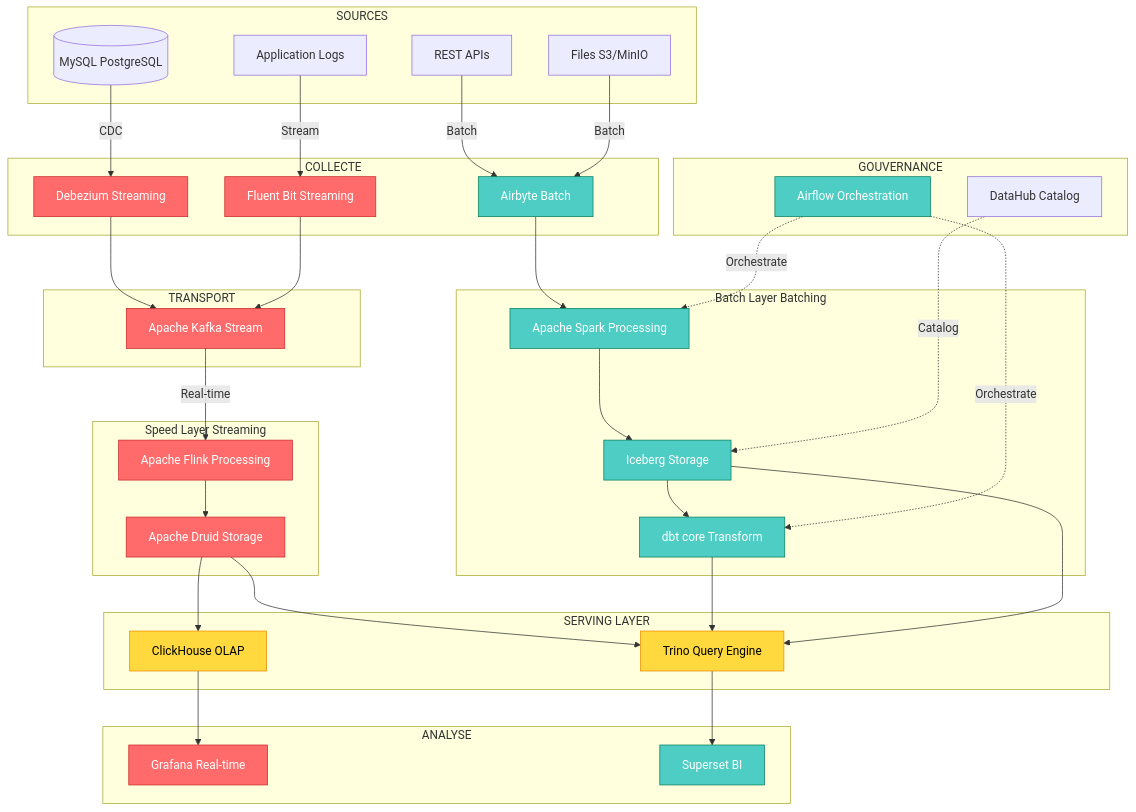
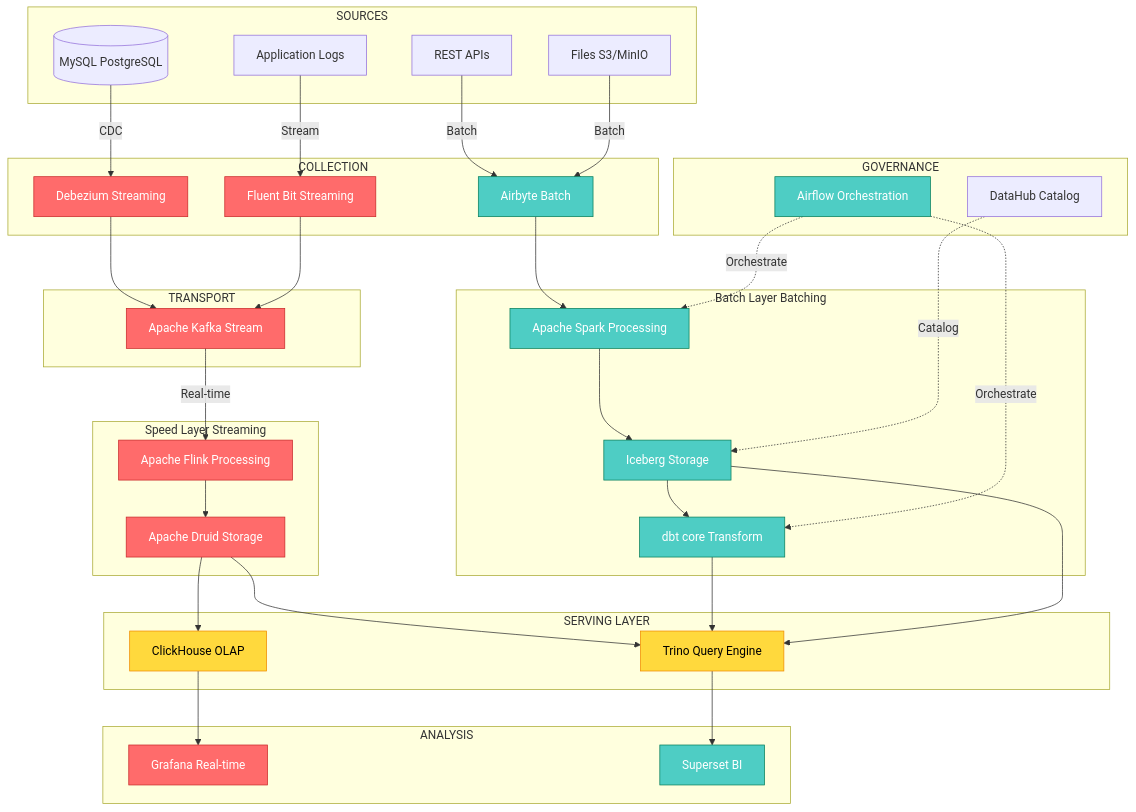
One commit to olexya/oss-data-tools-landscape changed the second of 6 diagrams in 08.visualisations_classification.md. Above: the diagram before and after it, drawn with Mermaid. The commit also changed other lines of this file and 29 other files, not shown here.

````diff
--- a/08.visualisations_classification.md
+++ b/08.visualisations_classification.md
@@ -107,82 +107,82 @@
 ```mermaid
 flowchart TB
     subgraph Sources["SOURCES"]
         DB[("MySQL PostgreSQL")]
         API["REST APIs"]
         FILES["Files S3/MinIO"]
         LOGS["Application Logs"]
     end
 
-    subgraph Collecte["COLLECTE"]
+    subgraph Collecte["COLLECTION"]
         CDC["Debezium Streaming"]
         ETL["Airbyte Batch"]
         LOGC["Fluent Bit Streaming"]
     end
 
     subgraph Transport["TRANSPORT"]
         KAFKA["Apache Kafka Stream"]
     end
 
     subgraph SpeedLayer["Speed Layer Streaming"]
         FLINK["Apache Flink Processing"]
         DRUID["Apache Druid Storage"]
     end
 
     subgraph BatchLayer["Batch Layer Batching"]
         SPARK["Apache Spark Processing"]
         ICEBERG["Iceberg Storage"]
         DBT["dbt core Transform"]
     end
 
     subgraph Serving["SERVING LAYER"]
         TRINO["Trino Query Engine"]
         CLICKHOUSE["ClickHouse OLAP"]
     end
 
-    subgraph Analyse["ANALYSE"]
+    subgraph Analyse["ANALYSIS"]
         GRAFANA["Grafana Real-time"]
         SUPERSET["Superset BI"]
     end
 
-    subgraph Gouvernance["GOUVERNANCE"]
+    subgraph Gouvernance["GOVERNANCE"]
         AIRFLOW["Airflow Orchestration"]
         DATAHUB["DataHub Catalog"]
     end
 
     DB -->|CDC| CDC
     API -->|Batch| ETL
     FILES -->|Batch| ETL
     LOGS -->|Stream| LOGC
 
     CDC --> KAFKA
     LOGC --> KAFKA
 
     KAFKA -->|Real-time| FLINK
     FLINK --> DRUID
 
     ETL --> SPARK
     SPARK --> ICEBERG
     ICEBERG --> DBT
 
     DRUID --> TRINO
     DBT --> TRINO
     ICEBERG --> TRINO
 
     DRUID --> CLICKHOUSE
 
     TRINO --> SUPERSET
     CLICKHOUSE --> GRAFANA
 
     AIRFLOW -.->|Orchestrate| SPARK
     AIRFLOW -.->|Orchestrate| DBT
     DATAHUB -.->|Catalog| ICEBERG
 
     classDef streaming fill:#ff6b6b,stroke:#c92a2a,color:#fff
     classDef batch fill:#4ecdc4,stroke:#087f5b,color:#fff
     classDef micro fill:#ffd93d,stroke:#f08c00,color:#000
     classDef storage fill:#a29bfe,stroke:#6c5ce7,color:#fff
 
     class CDC,LOGC,KAFKA,FLINK,DRUID,GRAFANA streaming
     class ETL,SPARK,ICEBERG,DBT,SUPERSET,AIRFLOW batch
     class TRINO,CLICKHOUSE micro
 ```
````
